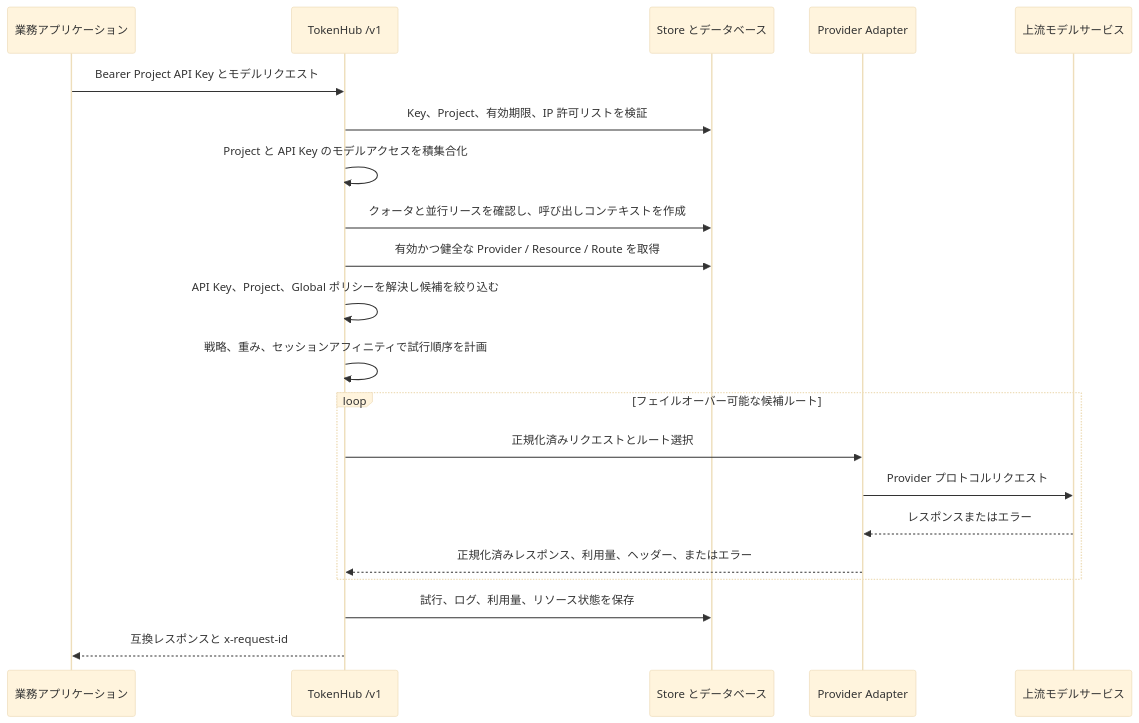
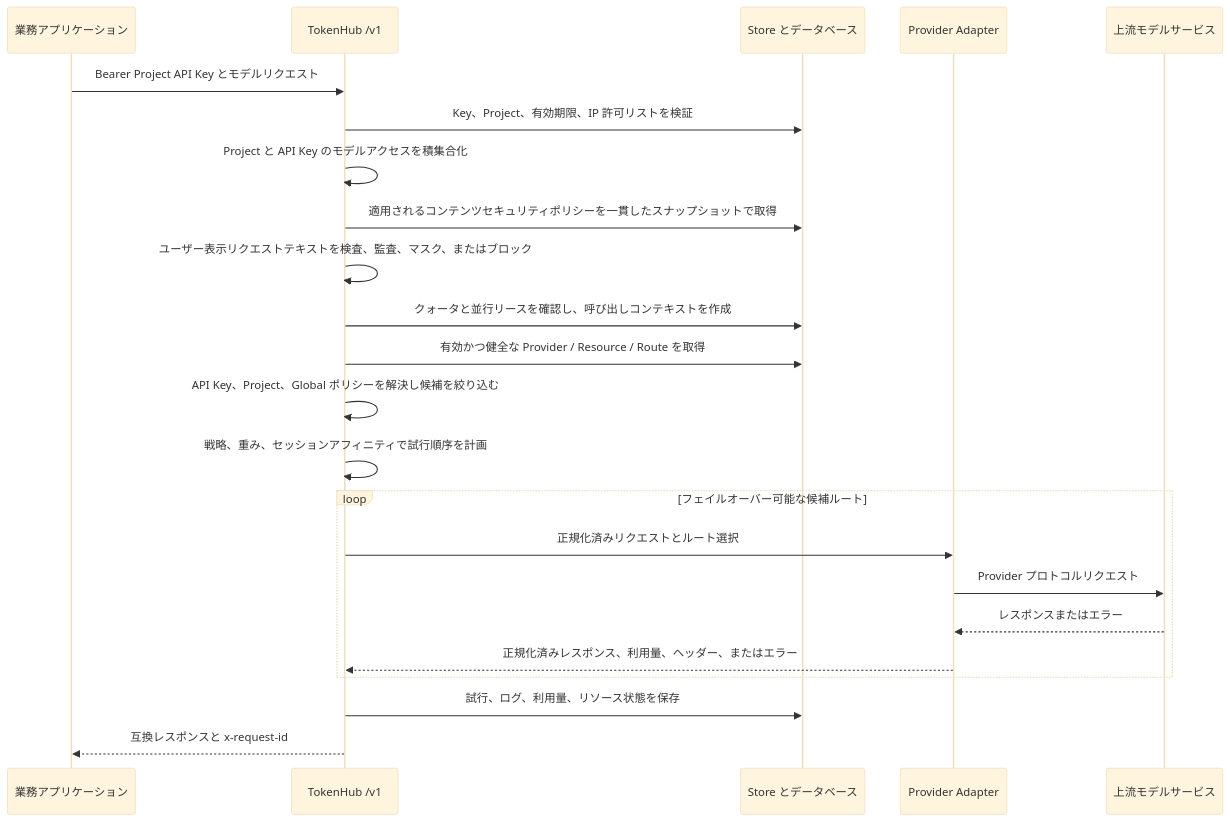
The third of 3 diagrams in docs/ja/architecture.md (IIXINGCHEN/TokenHub), drawn with Mermaid (base theme) before and after one commit. The commit also changed other lines of this file and 13 other files, not shown here.

````diff
--- a/docs/ja/architecture.md
+++ b/docs/ja/architecture.md
@@ -119,24 +119,26 @@
 ```mermaid
 sequenceDiagram
     participant C as 業務アプリケーション
     participant G as TokenHub /v1
     participant S as Store とデータベース
     participant A as Provider Adapter
     participant U as 上流モデルサービス
 
     C->>G: Bearer Project API Key とモデルリクエスト
     G->>S: Key、Project、有効期限、IP 許可リストを検証
     G->>G: Project と API Key のモデルアクセスを積集合化
+    G->>S: 適用されるコンテンツセキュリティポリシーを一貫したスナップショットで取得
+    G->>G: ユーザー表示リクエストテキストを検査、監査、マスク、またはブロック
     G->>S: クォータと並行リースを確認し、呼び出しコンテキストを作成
     G->>S: 有効かつ健全な Provider / Resource / Route を取得
     G->>G: API Key、Project、Global ポリシーを解決し候補を絞り込む
     G->>G: 戦略、重み、セッションアフィニティで試行順序を計画
     loop フェイルオーバー可能な候補ルート
         G->>A: 正規化済みリクエストとルート選択
         A->>U: Provider プロトコルリクエスト
         U-->>A: レスポンスまたはエラー
         A-->>G: 正規化済みレスポンス、利用量、ヘッダー、またはエラー
     end
     G->>S: 試行、ログ、利用量、リソース状態を保存
     G-->>C: 互換レスポンスと x-request-id
 ```
````
